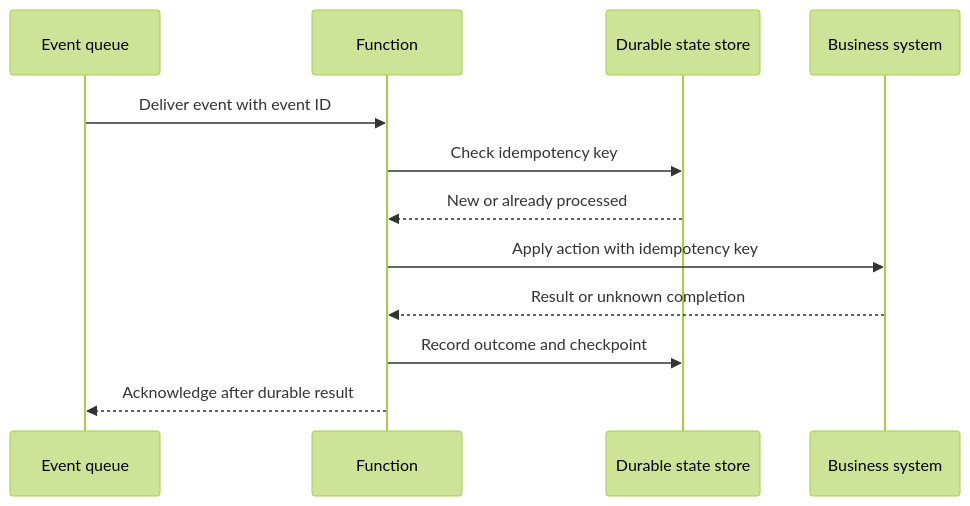
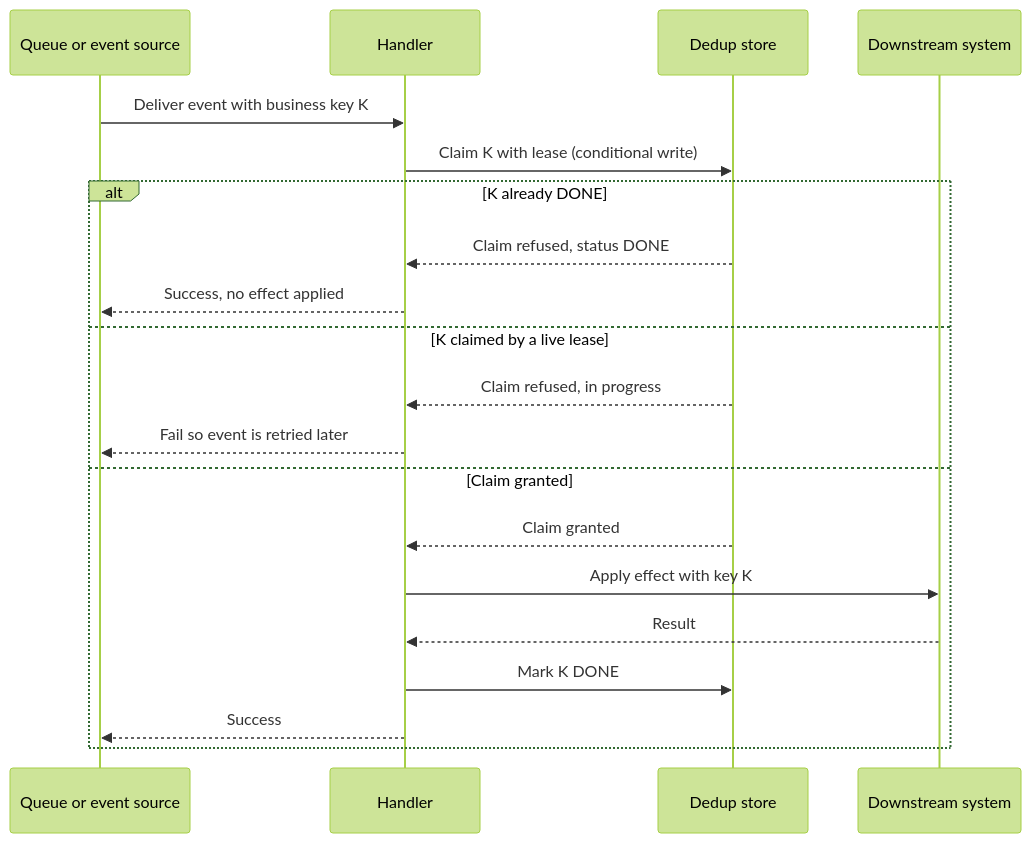
One commit to joydasss/Architect changed the sixth of 11 diagrams in 20_Architecture_Patterns/CH08_Serverless.md. Above: the diagram before and after it, drawn with Mermaid (forest theme). The commit also changed other lines of this file and 295 other files, not shown here.

````diff
--- a/20_Architecture_Patterns/CH08_Serverless.md
+++ b/20_Architecture_Patterns/CH08_Serverless.md
@@ -48,14 +397,22 @@
 ```mermaid
 sequenceDiagram
-    participant Queue as Event queue
-    participant Function
-    participant State as Durable state store
-    participant Target as Business system
-    Queue->>Function: Deliver event with event ID
-    Function->>State: Check idempotency key
-    State-->>Function: New or already processed
-    Function->>Target: Apply action with idempotency key
-    Target-->>Function: Result or unknown completion
-    Function->>State: Record outcome and checkpoint
-    Function-->>Queue: Acknowledge after durable result
+    participant Q as Queue or event source
+    participant F as Handler
+    participant S as Dedup store
+    participant X as Downstream system
+    Q->>F: Deliver event with business key K
+    F->>S: Claim K with lease (conditional write)
+    alt K already DONE
+        S-->>F: Claim refused, status DONE
+        F-->>Q: Success, no effect applied
+    else K claimed by a live lease
+        S-->>F: Claim refused, in progress
+        F-->>Q: Fail so event is retried later
+    else Claim granted
+        S-->>F: Claim granted
+        F->>X: Apply effect with key K
+        X-->>F: Result
+        F->>S: Mark K DONE
+        F-->>Q: Success
+    end
 ```
````
